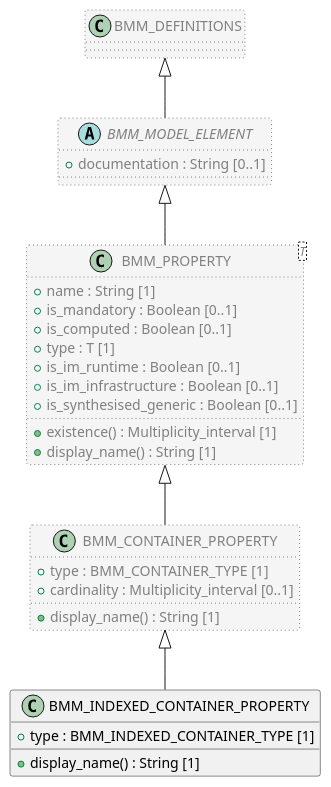
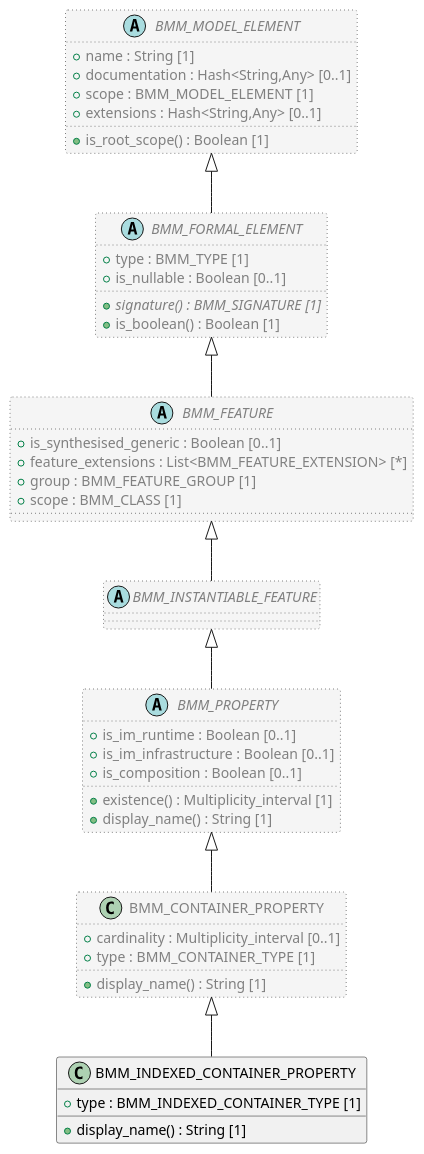
Before and after one commit to sebastian-iancu/code-generator: the diagram in code/Adoc/openehr_lang_1.1.0/plantUML/classes/org.openehr.lang.bmm.bmm_indexed_container_property.adoc, drawn with PlantUML. The commit also changed 719 other files, not shown here.

```diff
--- a/code/Adoc/openehr_lang_1.1.0/plantUML/classes/org.openehr.lang.bmm.bmm_indexed_container_property.adoc
+++ b/code/Adoc/openehr_lang_1.1.0/plantUML/classes/org.openehr.lang.bmm.bmm_indexed_container_property.adoc
@@ -1,45 +1,63 @@
 [plantuml,BMM_INDEXED_CONTAINER_PROPERTY,format=svg,svg-type="inline"]
 -----
 @startuml
 
 class BMM_INDEXED_CONTAINER_PROPERTY {
   + type : BMM_INDEXED_CONTAINER_TYPE [1]
   + display_name() : String [1]
 }
 
 class BMM_CONTAINER_PROPERTY  #whitesmoke;line:gray;line.dotted;text:gray {
+  + cardinality : Multiplicity_interval [0..1]
   + type : BMM_CONTAINER_TYPE [1]
-  + cardinality : Multiplicity_interval [0..1]
   + display_name() : String [1]
 }
 
-class BMM_PROPERTY <T>  #whitesmoke;line:gray;line.dotted;text:gray {
-  + name : String [1]
-  + is_mandatory : Boolean [0..1]
-  + is_computed : Boolean [0..1]
-  + type : T [1]
+abstract class BMM_PROPERTY  #whitesmoke;line:gray;line.dotted;text:gray {
   + is_im_runtime : Boolean [0..1]
   + is_im_infrastructure : Boolean [0..1]
-  + is_synthesised_generic : Boolean [0..1]
+  + is_composition : Boolean [0..1]
   + existence() : Multiplicity_interval [1]
   + display_name() : String [1]
 }
 
-abstract class BMM_MODEL_ELEMENT  #whitesmoke;line:gray;line.dotted;text:gray {
-  + documentation : String [0..1]
+abstract class BMM_INSTANTIABLE_FEATURE  #whitesmoke;line:gray;line.dotted;text:gray {
 }
 
-class BMM_DEFINITIONS  #whitesmoke;line:gray;line.dotted;text:gray {
+abstract class BMM_FEATURE  #whitesmoke;line:gray;line.dotted;text:gray {
+  + is_synthesised_generic : Boolean [0..1]
+  + feature_extensions : List<BMM_FEATURE_EXTENSION> [*]
+  + group : BMM_FEATURE_GROUP [1]
+  + scope : BMM_CLASS [1]
 }
 
-BMM_DEFINITIONS <|-- BMM_MODEL_ELEMENT
+abstract class BMM_FORMAL_ELEMENT  #whitesmoke;line:gray;line.dotted;text:gray {
+  + type : BMM_TYPE [1]
+  + is_nullable : Boolean [0..1]
+  + {abstract} signature() : BMM_SIGNATURE [1]
+  + is_boolean() : Boolean [1]
+}
 
-BMM_MODEL_ELEMENT <|-- BMM_PROPERTY
+abstract class BMM_MODEL_ELEMENT  #whitesmoke;line:gray;line.dotted;text:gray {
+  + name : String [1]
+  + documentation : Hash<String,Any> [0..1]
+  + scope : BMM_MODEL_ELEMENT [1]
+  + extensions : Hash<String,Any> [0..1]
+  + is_root_scope() : Boolean [1]
+}
+
+BMM_MODEL_ELEMENT <|-- BMM_FORMAL_ELEMENT
+
+BMM_FORMAL_ELEMENT <|-- BMM_FEATURE
+
+BMM_FEATURE <|-- BMM_INSTANTIABLE_FEATURE
+
+BMM_INSTANTIABLE_FEATURE <|-- BMM_PROPERTY
 
 BMM_PROPERTY <|-- BMM_CONTAINER_PROPERTY
 
 BMM_CONTAINER_PROPERTY <|-- BMM_INDEXED_CONTAINER_PROPERTY
 
 
 @enduml
 -----
```
